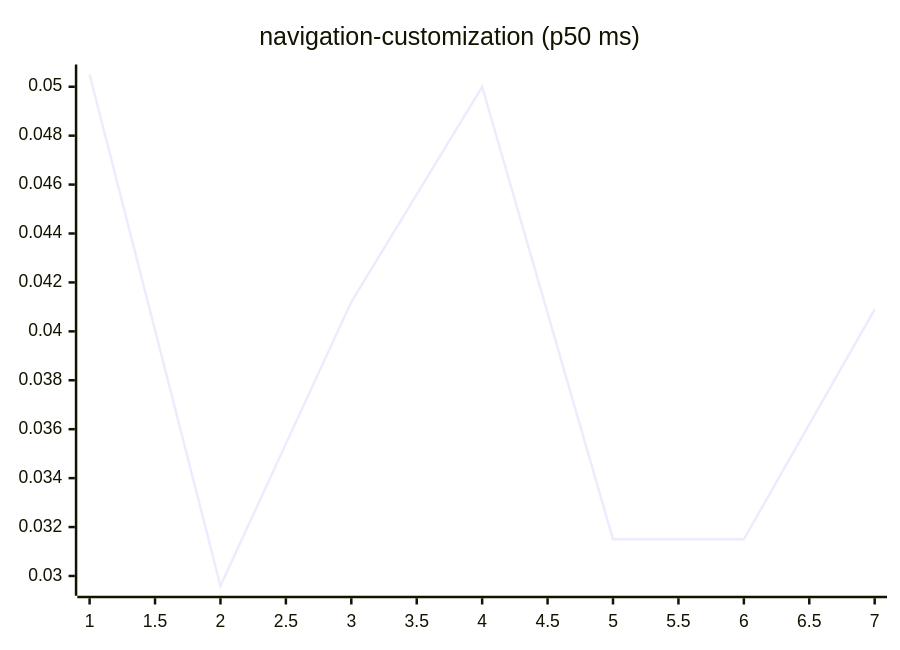
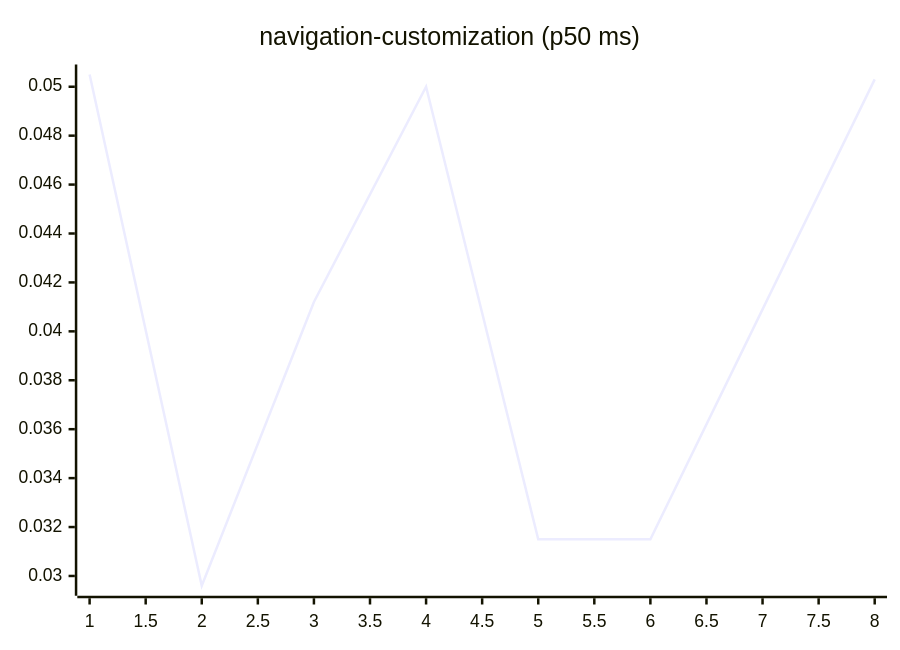
Before and after one commit to josha/Facet: diagram 15 of 27 in README.md, drawn with Mermaid. The commit also changed other lines of this file and 2 other files, not shown here.

````diff
--- a/README.md
+++ b/README.md
@@ -161,6 +161,6 @@
 ```mermaid
 xychart-beta
     title "navigation-customization (p50 ms)"
-    x-axis 1 --> 7
-    line [0.0505, 0.0296, 0.0412, 0.0500, 0.0315, 0.0315, 0.0409]
+    x-axis 1 --> 8
+    line [0.0505, 0.0296, 0.0412, 0.0500, 0.0315, 0.0315, 0.0409, 0.0503]
 ```
````
